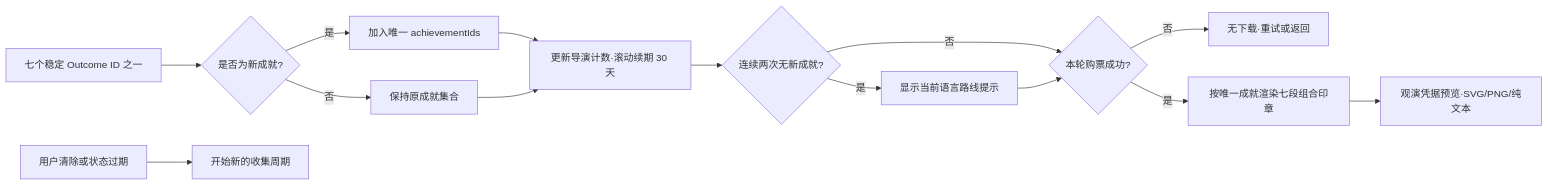
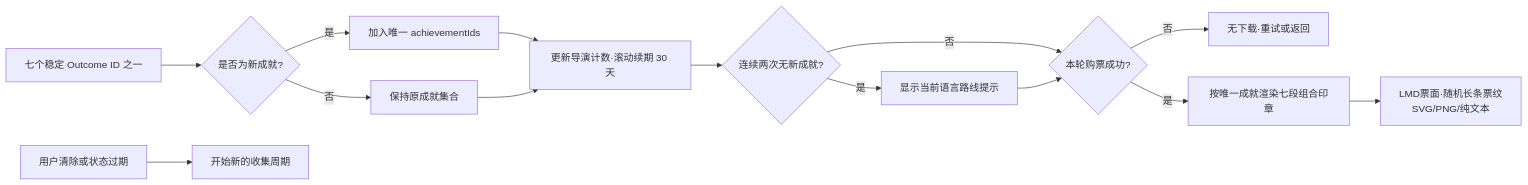
Before and after one commit to Selloryebir/crimson_troupe: the diagram in docs/blueprint/03_journeys/maps/05_成就与观演凭据.mmd, drawn with Mermaid. The commit also changed 45 other files, not shown here.

```diff
--- a/docs/blueprint/03_journeys/maps/05_成就与观演凭据.mmd
+++ b/docs/blueprint/03_journeys/maps/05_成就与观演凭据.mmd
@@ -1,14 +1,14 @@
 flowchart LR
   Outcome[七个稳定 Outcome ID 之一] --> Unique{是否为新成就?}
   Unique -->|是| Add[加入唯一 achievementIds]
   Unique -->|否| Keep[保持原成就集合]
   Add --> Director[更新导演计数·滚动续期 30 天]
   Keep --> Director
   Director --> Hint{连续两次无新成就?}
   Hint -->|是| Guide[显示当前语言路线提示]
   Hint -->|否| Success{本轮购票成功?}
   Guide --> Success
   Success -->|否| Retry[无下载·重试或返回]
   Success -->|是| Stamp[按唯一成就渲染七段组合印章]
-  Stamp --> Credential[观演凭据预览·SVG/PNG/纯文本]
+  Stamp --> Credential[LMD票面·随机长条票纹<br/>SVG/PNG/纯文本]
   Clear[用户清除或状态过期] --> Reset[开始新的收集周期]
```
